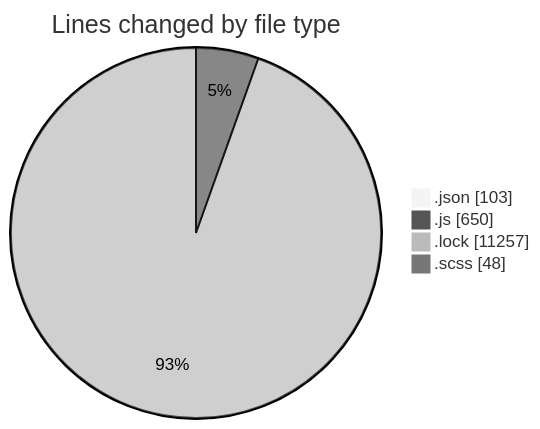
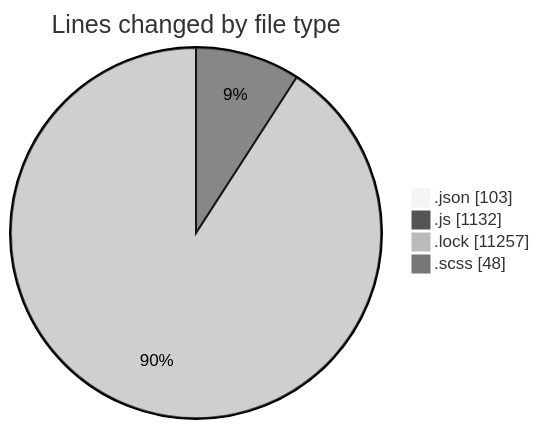
The first of 2 diagrams in 2026-01-06/cda/README.md (momahboobian/code-tracking), drawn with Mermaid (neutral theme) before and after one commit. The commit also changed other lines of this file and 1 other file, not shown here.

````diff
--- a/2026-01-06/cda/README.md
+++ b/2026-01-06/cda/README.md
@@ -28,8 +33,8 @@
 ```mermaid
 pie showData
 title Lines changed by file type
 ".json" : 103
-".js" : 650
+".js" : 1132
 ".lock" : 11257
 ".scss" : 48
 ```
````
